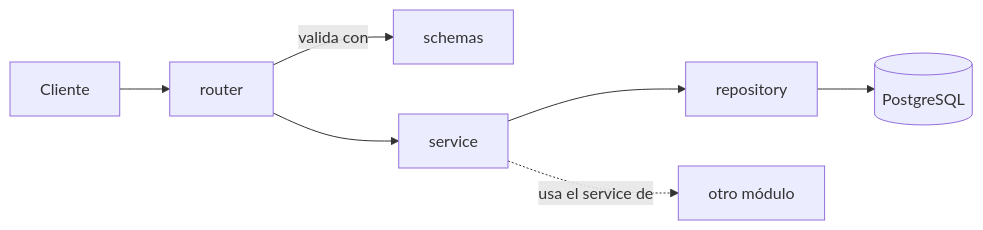
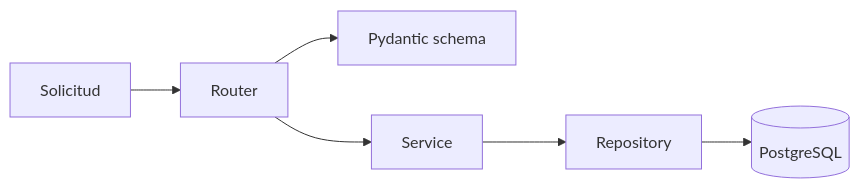
One commit to gabrielamachin/gestor-vehiculos-grupo-117 changed the second of 2 diagrams in docs/arquitectura.md. Above: the diagram before and after it, drawn with Mermaid. The commit also changed other lines of this file and 9 other files, not shown here.

````diff
--- a/docs/arquitectura.md
+++ b/docs/arquitectura.md
@@ -100,9 +60,8 @@
 ```mermaid
 flowchart LR
-    C[Cliente] --> R[router]
-    R -->|valida con| S[schemas]
-    R --> SV[service]
-    SV --> RP[repository]
+    REQ[Solicitud] --> RT[Router]
+    RT --> DTO[Pydantic schema]
+    RT --> SV[Service]
+    SV --> RP[Repository]
     RP --> DB[(PostgreSQL)]
-    SV -.->|usa el service de| OTRO[otro módulo]
 ```
````
